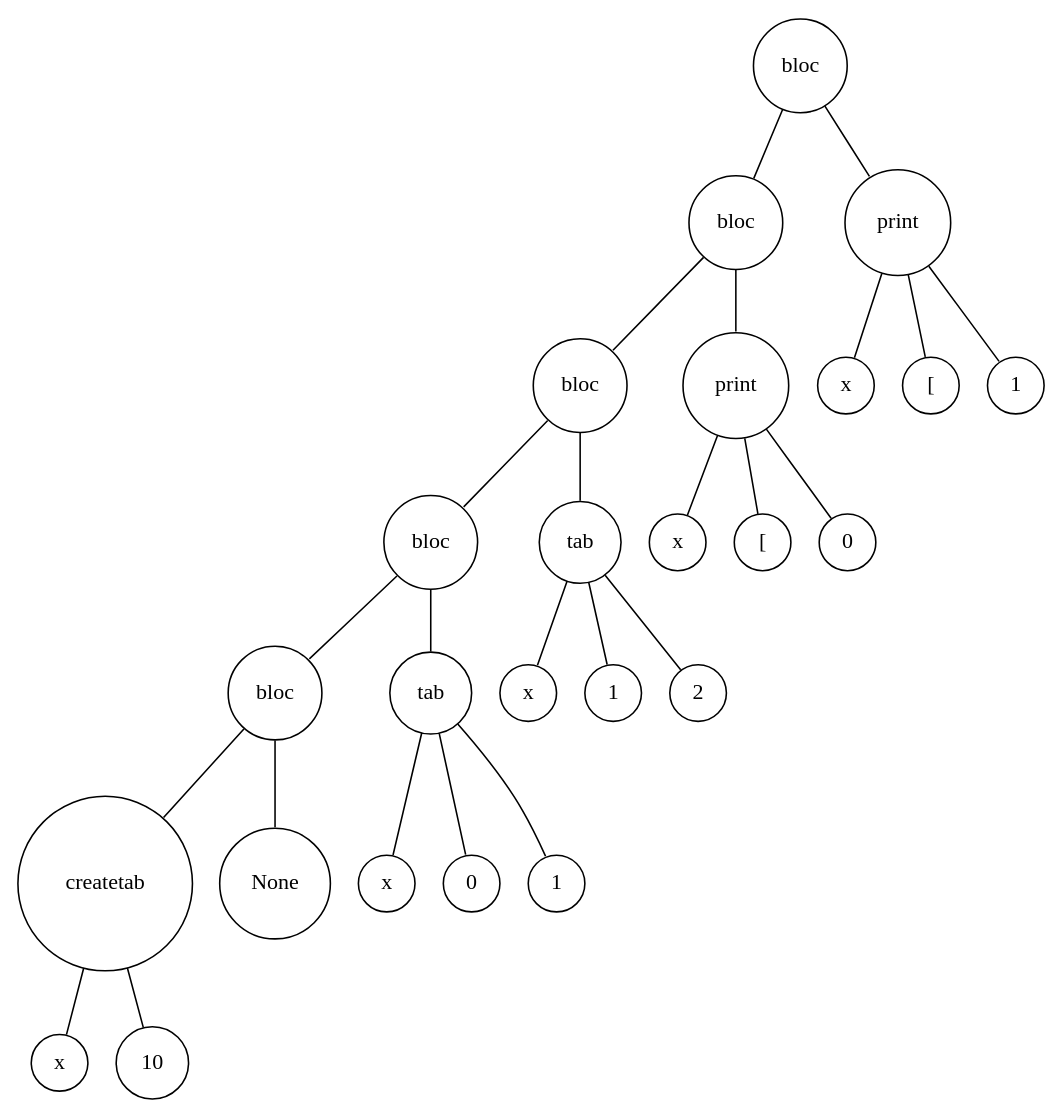
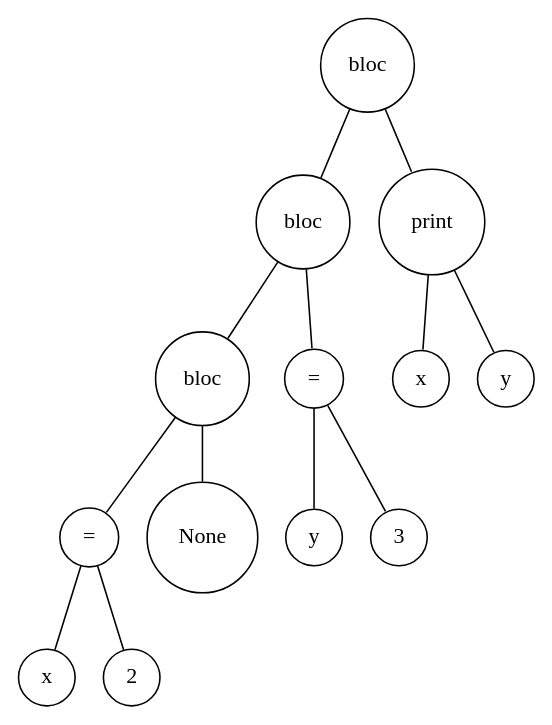
The diagram in Digraph.gv (QuentinCoqueran/Lil_language), drawn with Graphviz before and after one commit. The commit also changed 2 other files, not shown here.

```diff
--- a/Digraph.gv
+++ b/Digraph.gv
@@ -1,52 +1,28 @@
 digraph {
 	node [shape=circle]
-	"39481a00-2e44-492d-b0f5-39fae528c051" [label=bloc]
-	"39256e4b-2703-4090-8c51-e07cb219b98c" [label=bloc]
-	"98cf6ff2-ff93-4f54-a950-c8ef2e0ef613" [label=bloc]
-	"a27b3a19-f43f-4be8-b7f7-d16029b6de33" [label=bloc]
-	"9d672205-39bd-4ddd-9509-5b38448be2c5" [label=bloc]
-	"553e4ce1-cef4-444e-b8db-b0f3424fb1f7" [label=createtab]
-	"36091b0a-f970-4845-afc0-82e7c07d469e" [label=x]
-	"553e4ce1-cef4-444e-b8db-b0f3424fb1f7" -> "36091b0a-f970-4845-afc0-82e7c07d469e" [arrowsize=0]
-	"9fbf95bb-9b05-41b1-9920-1efe0a501dcd" [label=10]
-	"553e4ce1-cef4-444e-b8db-b0f3424fb1f7" -> "9fbf95bb-9b05-41b1-9920-1efe0a501dcd" [arrowsize=0]
-	"9d672205-39bd-4ddd-9509-5b38448be2c5" -> "553e4ce1-cef4-444e-b8db-b0f3424fb1f7" [arrowsize=0]
-	"75e768d6-8fa0-4a20-bb80-a6c4d91d279e" [label=None]
-	"9d672205-39bd-4ddd-9509-5b38448be2c5" -> "75e768d6-8fa0-4a20-bb80-a6c4d91d279e" [arrowsize=0]
-	"a27b3a19-f43f-4be8-b7f7-d16029b6de33" -> "9d672205-39bd-4ddd-9509-5b38448be2c5" [arrowsize=0]
-	"b0700bcd-796c-4f88-81d8-fe4c450bb4ea" [label=tab]
-	"878f8e90-3b1e-4344-b500-8694c2fdafc9" [label=x]
-	"b0700bcd-796c-4f88-81d8-fe4c450bb4ea" -> "878f8e90-3b1e-4344-b500-8694c2fdafc9" [arrowsize=0]
-	"4ee901ad-3a0f-4148-b950-83549db5aad2" [label=0]
-	"b0700bcd-796c-4f88-81d8-fe4c450bb4ea" -> "4ee901ad-3a0f-4148-b950-83549db5aad2" [arrowsize=0]
-	"2f7b35d4-c75b-414f-884c-b70db4d43dcf" [label=1]
-	"b0700bcd-796c-4f88-81d8-fe4c450bb4ea" -> "2f7b35d4-c75b-414f-884c-b70db4d43dcf" [arrowsize=0]
-	"a27b3a19-f43f-4be8-b7f7-d16029b6de33" -> "b0700bcd-796c-4f88-81d8-fe4c450bb4ea" [arrowsize=0]
-	"98cf6ff2-ff93-4f54-a950-c8ef2e0ef613" -> "a27b3a19-f43f-4be8-b7f7-d16029b6de33" [arrowsize=0]
-	"ac95a016-d96e-41c8-a572-1d483b8563b2" [label=tab]
-	"addc7b69-3354-434f-94bf-4bb69dafdecf" [label=x]
-	"ac95a016-d96e-41c8-a572-1d483b8563b2" -> "addc7b69-3354-434f-94bf-4bb69dafdecf" [arrowsize=0]
-	"1e4826f2-eaf2-4c40-932d-04b21dfbeb4b" [label=1]
-	"ac95a016-d96e-41c8-a572-1d483b8563b2" -> "1e4826f2-eaf2-4c40-932d-04b21dfbeb4b" [arrowsize=0]
-	"ba28370d-33c6-42ac-8728-d12fb978cbd6" [label=2]
-	"ac95a016-d96e-41c8-a572-1d483b8563b2" -> "ba28370d-33c6-42ac-8728-d12fb978cbd6" [arrowsize=0]
-	"98cf6ff2-ff93-4f54-a950-c8ef2e0ef613" -> "ac95a016-d96e-41c8-a572-1d483b8563b2" [arrowsize=0]
-	"39256e4b-2703-4090-8c51-e07cb219b98c" -> "98cf6ff2-ff93-4f54-a950-c8ef2e0ef613" [arrowsize=0]
-	"c7941332-35de-4cfd-a9dc-8ce9d417f29c" [label=print]
-	"336a2a32-1849-44cc-9e89-be98a8664503" [label=x]
-	"c7941332-35de-4cfd-a9dc-8ce9d417f29c" -> "336a2a32-1849-44cc-9e89-be98a8664503" [arrowsize=0]
-	"d0630cdb-4973-4082-97d5-f9beb75e8682" [label="["]
-	"c7941332-35de-4cfd-a9dc-8ce9d417f29c" -> "d0630cdb-4973-4082-97d5-f9beb75e8682" [arrowsize=0]
-	"e790d374-9105-4afb-bd6c-63766cf1c4b7" [label=0]
-	"c7941332-35de-4cfd-a9dc-8ce9d417f29c" -> "e790d374-9105-4afb-bd6c-63766cf1c4b7" [arrowsize=0]
-	"39256e4b-2703-4090-8c51-e07cb219b98c" -> "c7941332-35de-4cfd-a9dc-8ce9d417f29c" [arrowsize=0]
-	"39481a00-2e44-492d-b0f5-39fae528c051" -> "39256e4b-2703-4090-8c51-e07cb219b98c" [arrowsize=0]
-	"be1ad80d-a33a-49b7-b9e4-44c3d1d7a767" [label=print]
-	"ee5a8a93-213a-46fe-8d3e-c24699400292" [label=x]
-	"be1ad80d-a33a-49b7-b9e4-44c3d1d7a767" -> "ee5a8a93-213a-46fe-8d3e-c24699400292" [arrowsize=0]
-	"6caa52f9-3613-4fed-b1bb-991bbe42bed2" [label="["]
-	"be1ad80d-a33a-49b7-b9e4-44c3d1d7a767" -> "6caa52f9-3613-4fed-b1bb-991bbe42bed2" [arrowsize=0]
-	"f7f3ad91-fbe4-4e0a-9456-707881058c09" [label=1]
-	"be1ad80d-a33a-49b7-b9e4-44c3d1d7a767" -> "f7f3ad91-fbe4-4e0a-9456-707881058c09" [arrowsize=0]
-	"39481a00-2e44-492d-b0f5-39fae528c051" -> "be1ad80d-a33a-49b7-b9e4-44c3d1d7a767" [arrowsize=0]
+	"c3d6a53e-bbc0-4032-b95f-d71020b3b0dd" [label=bloc]
+	"f2f60ec7-3926-4f9c-8974-fc9533f4d75e" [label=bloc]
+	"13be4618-a8a2-43f4-ab0a-01a904211662" [label=bloc]
+	"7380aa9b-0708-4b1a-9750-1d7847c9d65f" [label="="]
+	"6b2097d1-09cc-4578-9295-2602bb712a70" [label=x]
+	"7380aa9b-0708-4b1a-9750-1d7847c9d65f" -> "6b2097d1-09cc-4578-9295-2602bb712a70" [arrowsize=0]
+	"4c7df161-d37c-4e0c-837b-5b31ca6de942" [label=2]
+	"7380aa9b-0708-4b1a-9750-1d7847c9d65f" -> "4c7df161-d37c-4e0c-837b-5b31ca6de942" [arrowsize=0]
+	"13be4618-a8a2-43f4-ab0a-01a904211662" -> "7380aa9b-0708-4b1a-9750-1d7847c9d65f" [arrowsize=0]
+	"52ae796e-4f21-41bf-890f-a7ae11ad651b" [label=None]
+	"13be4618-a8a2-43f4-ab0a-01a904211662" -> "52ae796e-4f21-41bf-890f-a7ae11ad651b" [arrowsize=0]
+	"f2f60ec7-3926-4f9c-8974-fc9533f4d75e" -> "13be4618-a8a2-43f4-ab0a-01a904211662" [arrowsize=0]
+	"df1cd3b9-353c-4686-8127-ca750fc1638d" [label="="]
+	"76a63a70-fb09-4237-9b3a-66f344b6c3ce" [label=y]
+	"df1cd3b9-353c-4686-8127-ca750fc1638d" -> "76a63a70-fb09-4237-9b3a-66f344b6c3ce" [arrowsize=0]
+	"7fac5297-698b-4158-aec9-fb734da5f08f" [label=3]
+	"df1cd3b9-353c-4686-8127-ca750fc1638d" -> "7fac5297-698b-4158-aec9-fb734da5f08f" [arrowsize=0]
+	"f2f60ec7-3926-4f9c-8974-fc9533f4d75e" -> "df1cd3b9-353c-4686-8127-ca750fc1638d" [arrowsize=0]
+	"c3d6a53e-bbc0-4032-b95f-d71020b3b0dd" -> "f2f60ec7-3926-4f9c-8974-fc9533f4d75e" [arrowsize=0]
+	"50eaf8b0-8081-4420-96b5-88b6d913d3d9" [label=print]
+	"59beac00-312e-4995-bf3c-3fbdc81bd4e4" [label=x]
+	"50eaf8b0-8081-4420-96b5-88b6d913d3d9" -> "59beac00-312e-4995-bf3c-3fbdc81bd4e4" [arrowsize=0]
+	"92c12d82-7bd0-467d-b69f-3d42567fd213" [label=y]
+	"50eaf8b0-8081-4420-96b5-88b6d913d3d9" -> "92c12d82-7bd0-467d-b69f-3d42567fd213" [arrowsize=0]
+	"c3d6a53e-bbc0-4032-b95f-d71020b3b0dd" -> "50eaf8b0-8081-4420-96b5-88b6d913d3d9" [arrowsize=0]
 }
```
